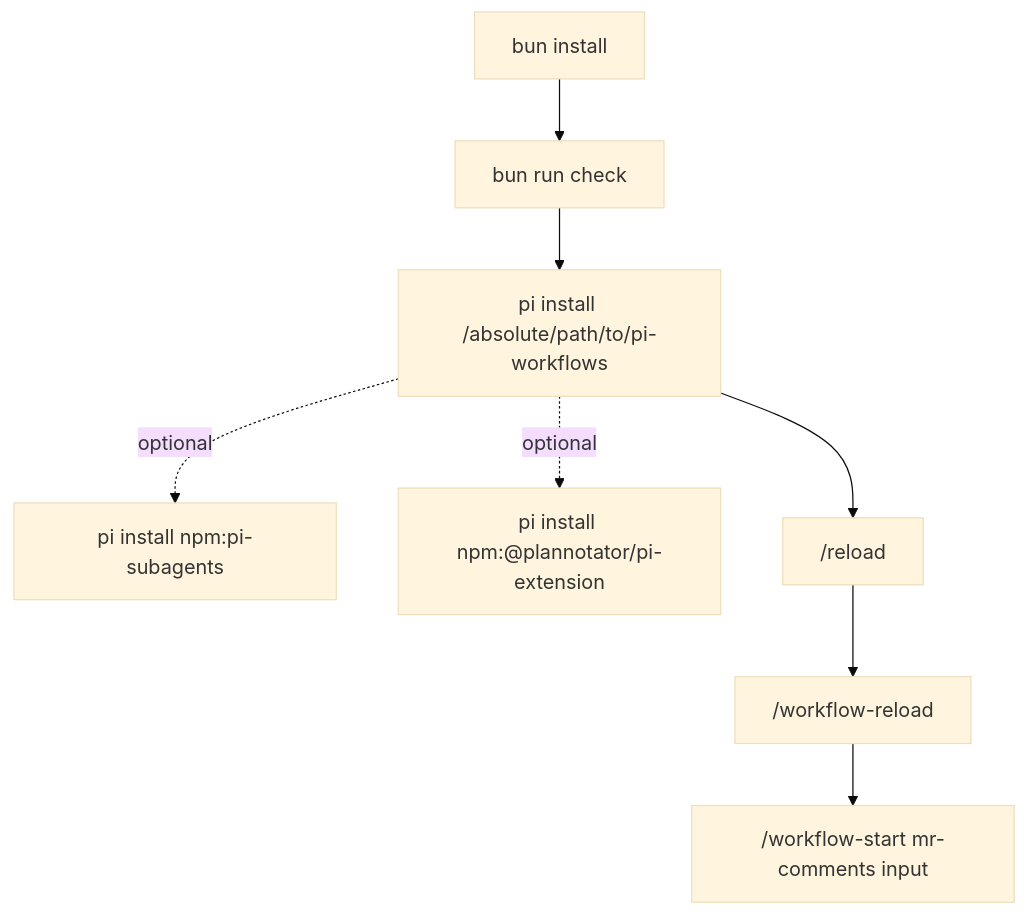
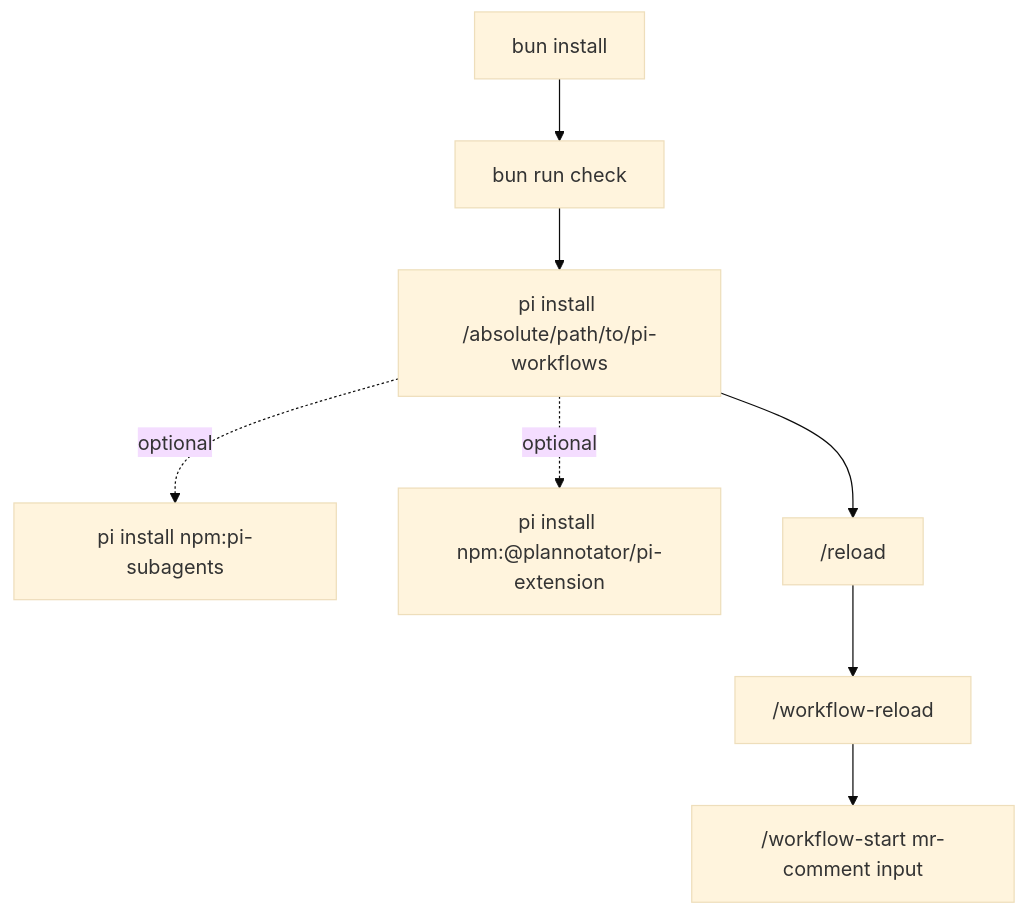
Before and after one commit to wichayutdew/pi-workflows: the fourth of 5 diagrams in openwiki/quickstart.md, drawn with Mermaid (base theme). The commit also changed other lines of this file and 180 other files, not shown here.

````diff
--- a/openwiki/quickstart.md
+++ b/openwiki/quickstart.md
@@ -84,10 +84,10 @@
 ```mermaid
 flowchart TD
   Bun[bun install] --> Check[bun run check]
   Check --> InstallLocal[pi install /absolute/path/to/pi-workflows]
   InstallLocal -. optional .-> InstallSubagents[pi install npm:pi-subagents]
   InstallLocal -. optional .-> InstallPlan[pi install npm:@plannotator/pi-extension]
   InstallLocal --> Reload["/reload"]
   Reload --> WorkflowReload["/workflow-reload"]
-  WorkflowReload --> Start["/workflow-start mr-comments input"]
+  WorkflowReload --> Start["/workflow-start mr-comment input"]
 ```
````
